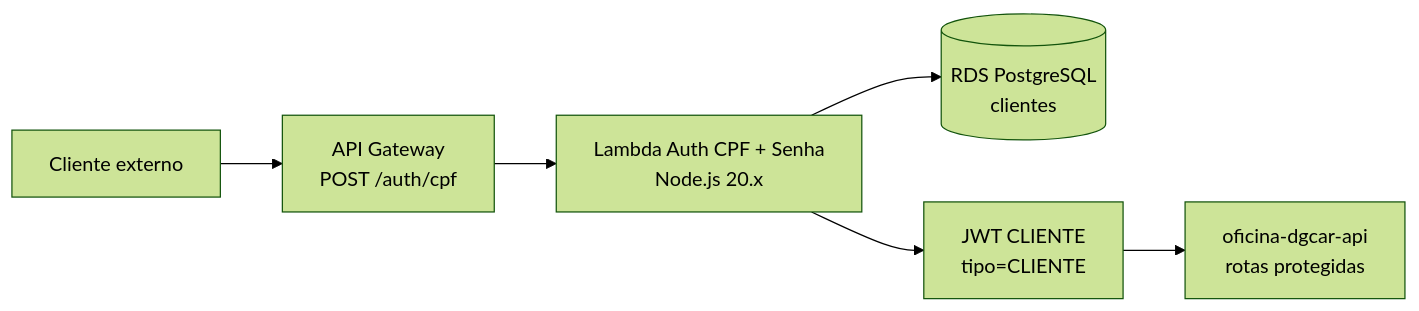
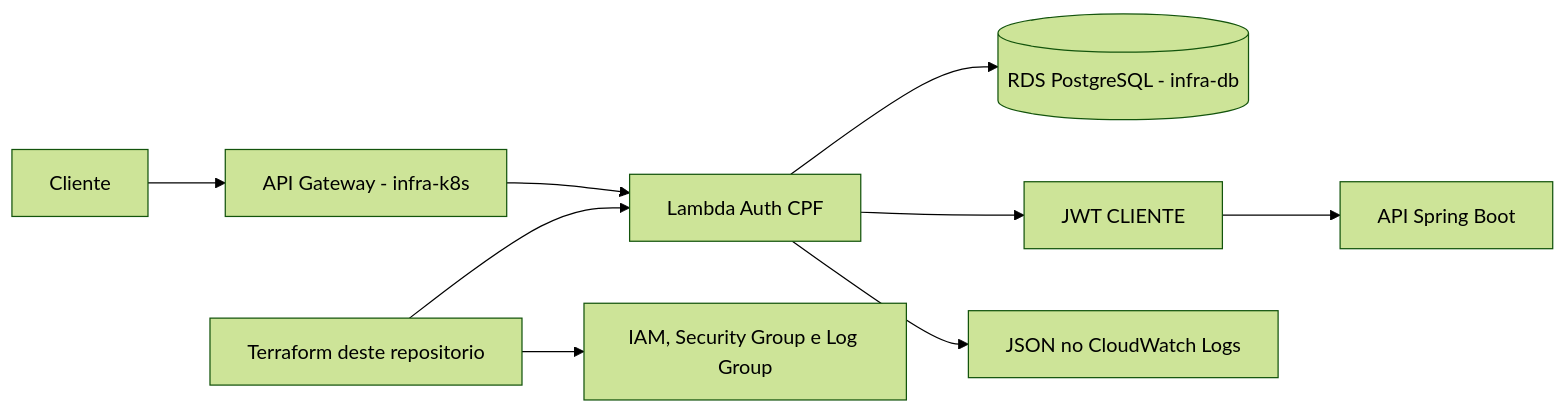
One commit to techdgconsulting/oficina-dgcar-auth-lambda changed the diagram in README.md. Above: the diagram before and after it, drawn with Mermaid (forest theme). The commit also changed other lines of this file, not shown here.

Commit message:
docs: revisar as orientações da Lambda

````diff
--- a/README.md
+++ b/README.md
@@ -39,8 +9,11 @@
 ```mermaid
 flowchart LR
-  cliente[Cliente externo] --> gateway[API Gateway<br/>POST /auth/cpf]
-  gateway --> lambda[Lambda Auth CPF + Senha<br/>Node.js 20.x]
-  lambda --> rds[(RDS PostgreSQL<br/>clientes)]
-  lambda --> jwt[JWT CLIENTE<br/>tipo=CLIENTE]
-  jwt --> api[oficina-dgcar-api<br/>rotas protegidas]
+  Client[Cliente] --> Gateway[API Gateway - infra-k8s]
+  Gateway --> Lambda[Lambda Auth CPF]
+  Lambda --> DB[(RDS PostgreSQL - infra-db)]
+  Lambda --> JWT[JWT CLIENTE]
+  JWT --> API[API Spring Boot]
+  Lambda --> CW[JSON no CloudWatch Logs]
+  TF[Terraform deste repositorio] --> Lambda
+  TF --> IAM[IAM, Security Group e Log Group]
 ```
````
